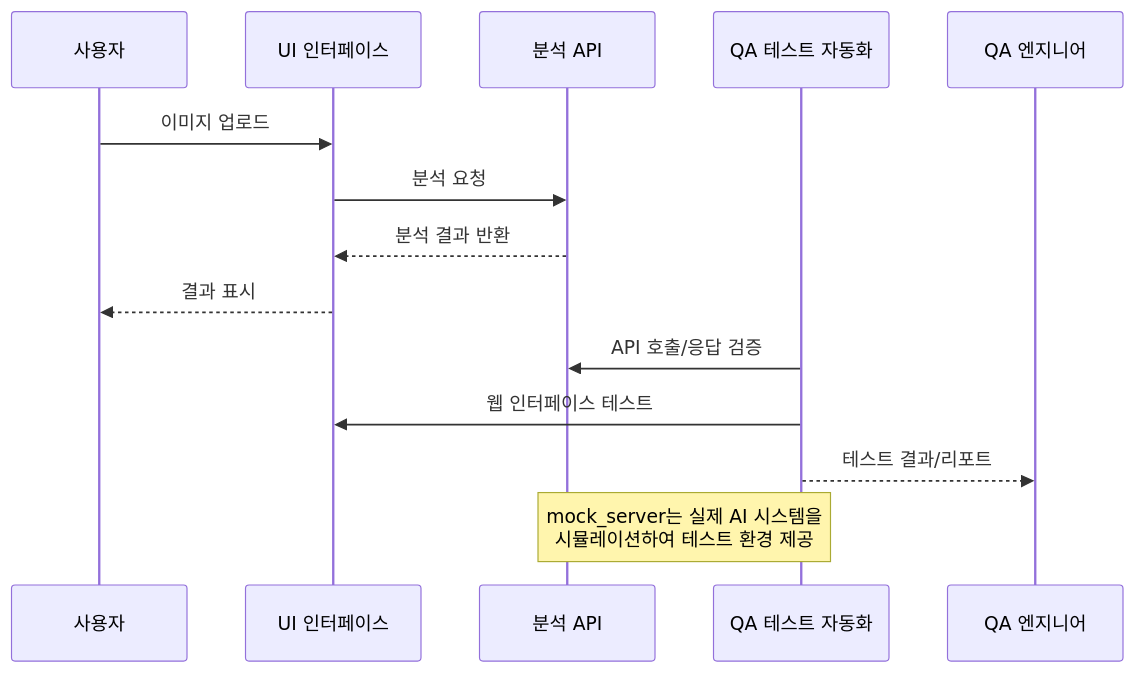
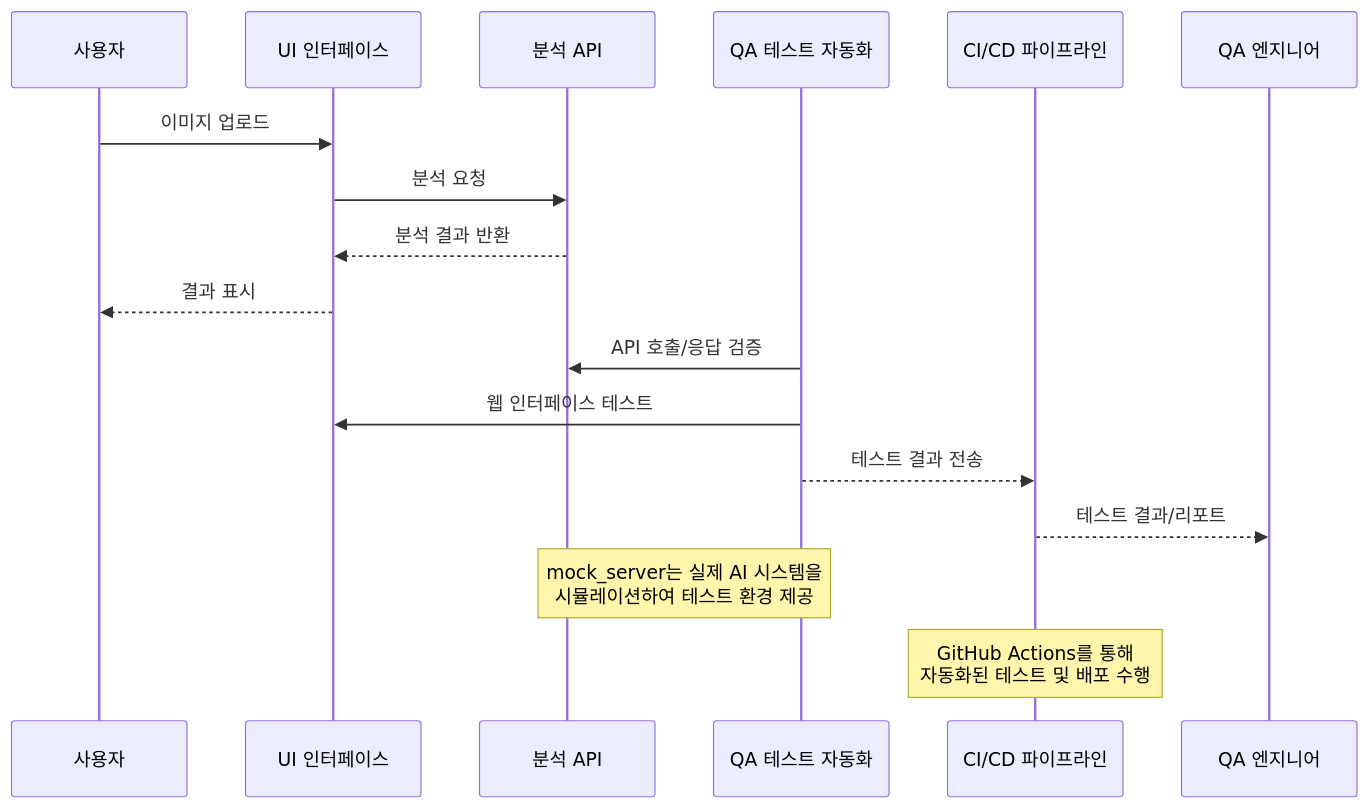
One commit to MaduJoe/AIHealthCare-QA changed the second of 2 diagrams in README.md. Above: the diagram before and after it, drawn with Mermaid. The commit also changed other lines of this file and 28 other files, not shown here.

````diff
--- a/README.md
+++ b/README.md
@@ -32,19 +43,22 @@
 ```mermaid
 sequenceDiagram
     participant 사용자
     participant UI as UI 인터페이스
     participant API as 분석 API
     participant QA as QA 테스트 자동화
+    participant CI as CI/CD 파이프라인
     participant 엔지니어 as QA 엔지니어
     
     사용자->>UI: 이미지 업로드
     UI->>API: 분석 요청
     API-->>UI: 분석 결과 반환
     UI-->>사용자: 결과 표시
     
     QA->>API: API 호출/응답 검증
     QA->>UI: 웹 인터페이스 테스트
-    QA-->>엔지니어: 테스트 결과/리포트
+    QA-->>CI: 테스트 결과 전송
+    CI-->>엔지니어: 테스트 결과/리포트
     
     Note over API,QA: mock_server는 실제 AI 시스템을<br>시뮬레이션하여 테스트 환경 제공
+    Note over CI: GitHub Actions를 통해<br>자동화된 테스트 및 배포 수행
 ```
````
